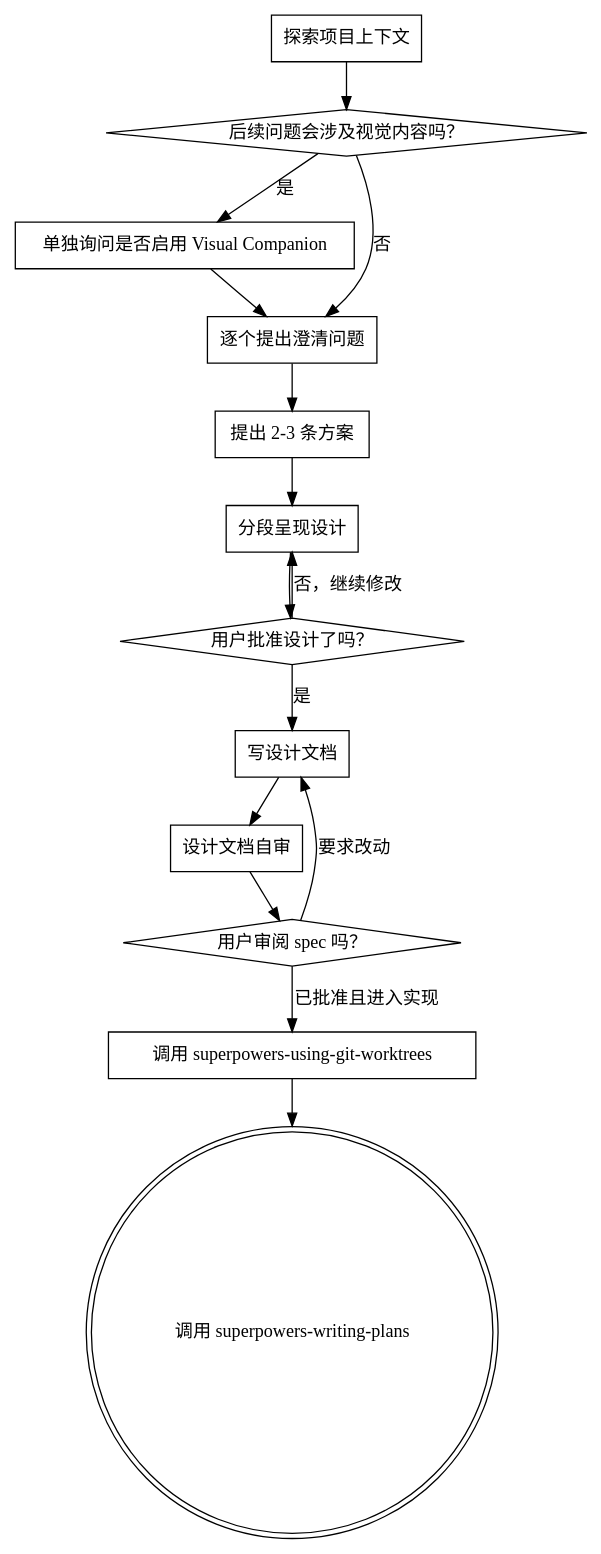
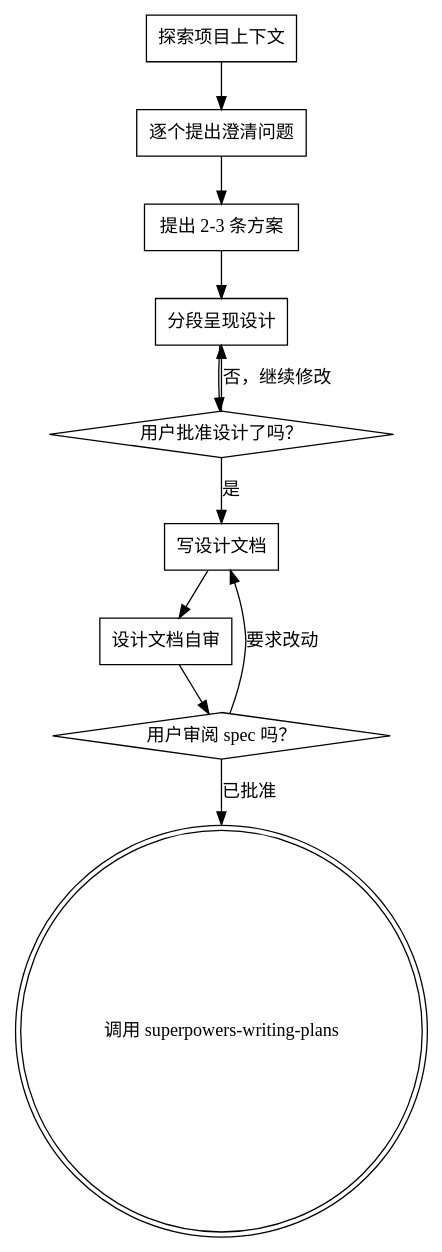
The diagram in apps/spec-kit-app/public/commands-packages/superpowers/skills/superpowers-brainstorming/SKILL.md (klaaay/spec-toolkit), drawn with Graphviz before and after one commit. The commit also changed other lines of this file and 33 other files, not shown here.

````diff
--- a/apps/spec-kit-app/public/commands-packages/superpowers/skills/superpowers-brainstorming/SKILL.md
+++ b/apps/spec-kit-app/public/commands-packages/superpowers/skills/superpowers-brainstorming/SKILL.md
@@ -37,31 +36,24 @@
 ```dot
 digraph brainstorming {
     "探索项目上下文" [shape=box];
-    "后续问题会涉及视觉内容吗？" [shape=diamond];
-    "单独询问是否启用 Visual Companion" [shape=box];
     "逐个提出澄清问题" [shape=box];
     "提出 2-3 条方案" [shape=box];
     "分段呈现设计" [shape=box];
     "用户批准设计了吗？" [shape=diamond];
     "写设计文档" [shape=box];
     "设计文档自审" [shape=box];
     "用户审阅 spec 吗？" [shape=diamond];
-    "调用 superpowers-using-git-worktrees" [shape=box];
     "调用 superpowers-writing-plans" [shape=doublecircle];
 
-    "探索项目上下文" -> "后续问题会涉及视觉内容吗？";
-    "后续问题会涉及视觉内容吗？" -> "单独询问是否启用 Visual Companion" [label="是"];
-    "后续问题会涉及视觉内容吗？" -> "逐个提出澄清问题" [label="否"];
-    "单独询问是否启用 Visual Companion" -> "逐个提出澄清问题";
+    "探索项目上下文" -> "逐个提出澄清问题";
     "逐个提出澄清问题" -> "提出 2-3 条方案";
     "提出 2-3 条方案" -> "分段呈现设计";
     "分段呈现设计" -> "用户批准设计了吗？";
     "用户批准设计了吗？" -> "分段呈现设计" [label="否，继续修改"];
     "用户批准设计了吗？" -> "写设计文档" [label="是"];
     "写设计文档" -> "设计文档自审";
     "设计文档自审" -> "用户审阅 spec 吗？";
     "用户审阅 spec 吗？" -> "写设计文档" [label="要求改动"];
-    "用户审阅 spec 吗？" -> "调用 superpowers-using-git-worktrees" [label="已批准且进入实现"];
-    "调用 superpowers-using-git-worktrees" -> "调用 superpowers-writing-plans";
+    "用户审阅 spec 吗？" -> "调用 superpowers-writing-plans" [label="已批准"];
 }
 ```
````
